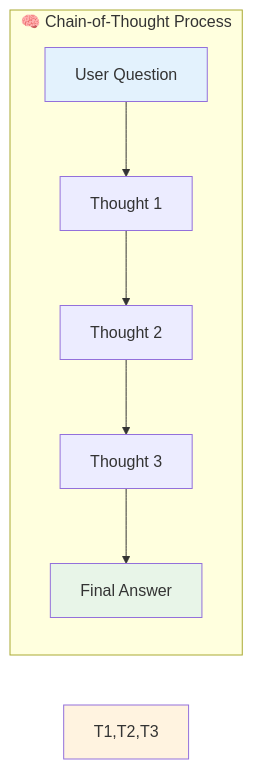
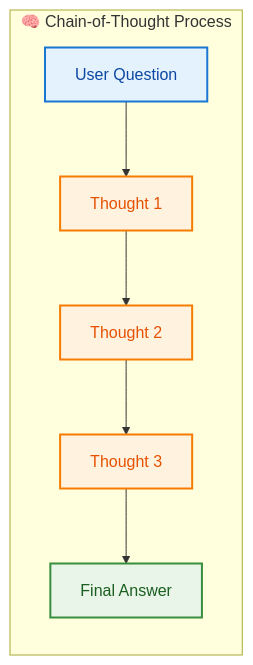
Before and after one commit to khaosans/basic-chat: the first of 10 diagrams in docs/FEATURES.md, drawn with Mermaid. The commit also changed other lines of this file and 6 other files, not shown here.

Commit message:
docs: Update documentation for clarity and consistency - Revise links and descriptions in DEVELOPMENT.md, ROADMAP.md, and ARCHITECTURE.md

````diff
--- a/docs/FEATURES.md
+++ b/docs/FEATURES.md
@@ -28,19 +31,23 @@
 ```mermaid
 graph LR
     subgraph "🧠 Chain-of-Thought Process"
         Q[User Question]
         T1[Thought 1]
         T2[Thought 2]
         T3[Thought 3]
         A[Final Answer]
     end
     
     Q --> T1
     T1 --> T2
     T2 --> T3
     T3 --> A
     
-    style Q fill:#E3F2FD
-    style A fill:#E8F5E8
-    style T1,T2,T3 fill:#FFF3E0
+    classDef question fill:#E3F2FD,stroke:#1976D2,stroke-width:2px,color:#0D47A1
+    classDef thoughts fill:#FFF3E0,stroke:#F57C00,stroke-width:2px,color:#E65100
+    classDef answer fill:#E8F5E8,stroke:#388E3C,stroke-width:2px,color:#1B5E20
+    
+    class Q question
+    class T1,T2,T3 thoughts
+    class A answer
 ```
````
